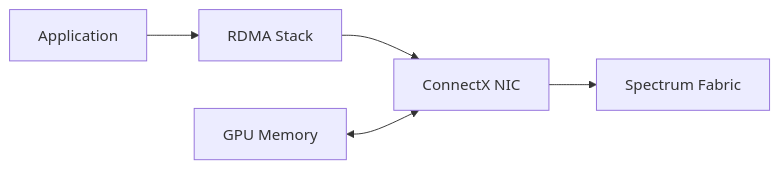
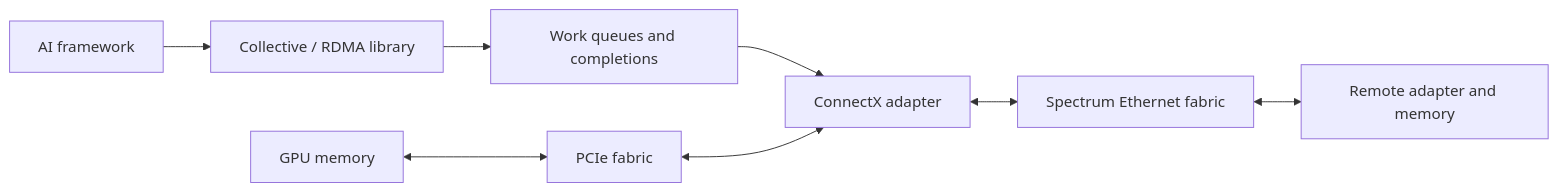
Before and after one commit to jithinpnjm/nvidia-devops: the first of 3 diagrams in docs/nvidia-zero-to-hero/volume-09/chapter-08-connectx-ethernet-adapters.md, drawn with Mermaid. The commit also changed other lines of this file and 2 other files, not shown here.

````diff
--- a/docs/nvidia-zero-to-hero/volume-09/chapter-08-connectx-ethernet-adapters.md
+++ b/docs/nvidia-zero-to-hero/volume-09/chapter-08-connectx-ethernet-adapters.md
@@ -18,10 +41,10 @@
 ```mermaid
 flowchart LR
-    App[Application]
-    RDMA[RDMA Stack]
-    NIC[ConnectX NIC]
-    Switch[Spectrum Fabric]
-    GPU[GPU Memory]
-    App --> RDMA --> NIC --> Switch
-    GPU <--> NIC
+    App[AI framework] --> Lib[Collective / RDMA library]
+    Lib --> QP[Work queues and completions]
+    QP --> NIC[ConnectX adapter]
+    GPU[GPU memory] <--> PCIe[PCIe fabric]
+    PCIe <--> NIC
+    NIC <--> SW[Spectrum Ethernet fabric]
+    SW <--> RN[Remote adapter and memory]
 ```
````
